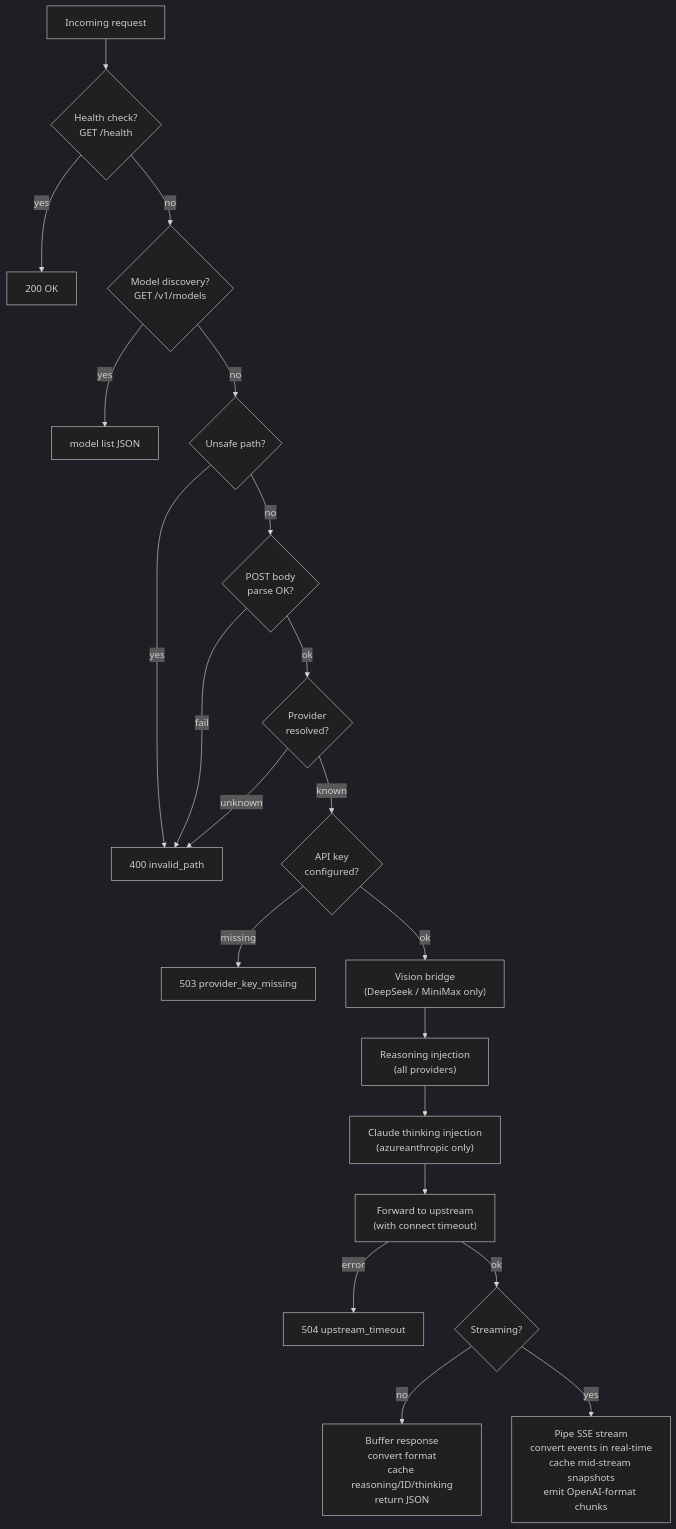
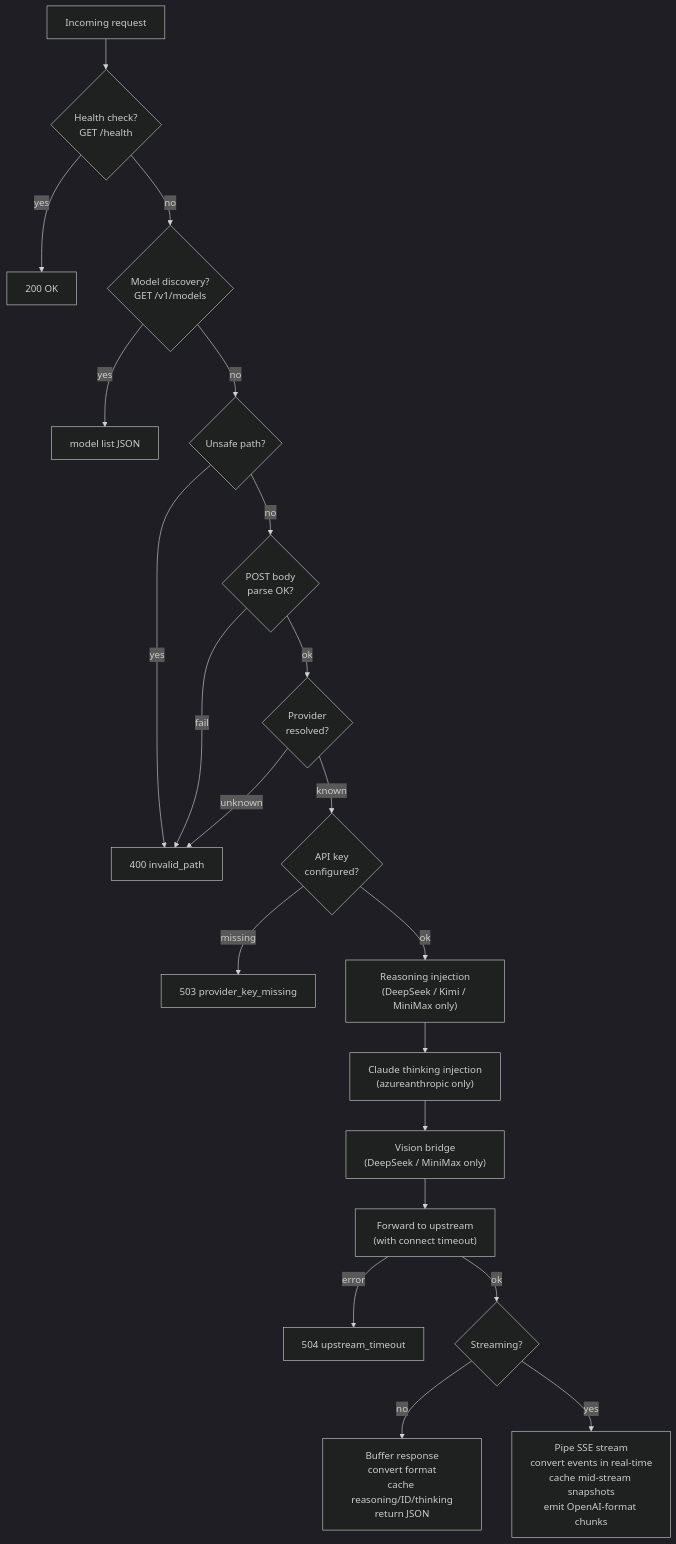
Before and after one commit to lqdflying/cursorProxy: the third of 4 diagrams in doc/architecture-overview.md, drawn with Mermaid (dark theme). The commit also changed other lines of this file and 7 other files, not shown here.

````diff
--- a/doc/architecture-overview.md
+++ b/doc/architecture-overview.md
@@ -85,37 +85,37 @@
 ```mermaid
 flowchart TD
     REQ["Incoming request"]
 
     A{"Health check?\nGET /health"}
     B{"Model discovery?\nGET /v1/models"}
     C{"Unsafe path?"}
     D{"POST body\nparse OK?"}
     E{"Provider\nresolved?"}
     F{"API key\nconfigured?"}
 
+    INJECT["Reasoning injection\n(DeepSeek / Kimi / MiniMax only)"]
+    THINK["Claude thinking injection\n(azureanthropic only)"]
     VISION["Vision bridge\n(DeepSeek / MiniMax only)"]
-    INJECT["Reasoning injection\n(all providers)"]
-    THINK["Claude thinking injection\n(azureanthropic only)"]
     UPSTREAM["Forward to upstream\n(with connect timeout)"]
     STREAM{"Streaming?"}
     NONSTR["Buffer response\nconvert format\ncache reasoning/ID/thinking\nreturn JSON"]
     STR["Pipe SSE stream\nconvert events in real-time\ncache mid-stream snapshots\nemit OpenAI-format chunks"]
 
     REQ --> A
     A -->|yes| HEALTH["200 OK"]
     A -->|no| B
     B -->|yes| MODELS["model list JSON"]
     B -->|no| C
     C -->|yes| ERR400["400 invalid_path"]
     C -->|no| D
     D -->|fail| ERR400
     D -->|ok| E
     E -->|unknown| ERR400
     E -->|known| F
     F -->|missing| ERR503["503 provider_key_missing"]
-    F -->|ok| VISION --> INJECT --> THINK --> UPSTREAM
+    F -->|ok| INJECT --> THINK --> VISION --> UPSTREAM
     UPSTREAM -->|error| ERR504["504 upstream_timeout"]
     UPSTREAM -->|ok| STREAM
     STREAM -->|no| NONSTR
     STREAM -->|yes| STR
 ```
````
